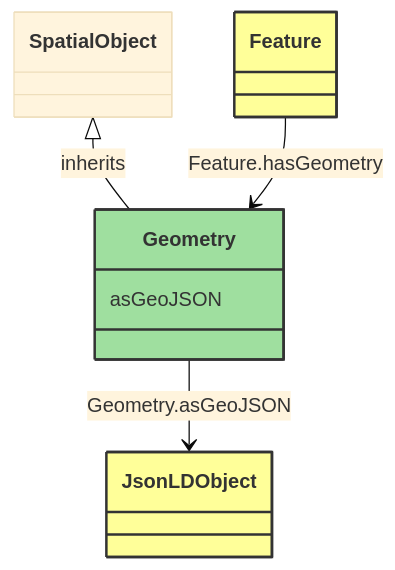
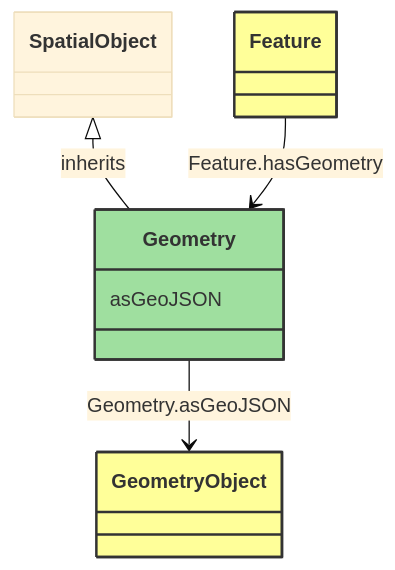
One commit to 3lbits/NoCIMExtensions changed the diagram in docs/WattApp/Geometry.md. Above: the diagram before and after it, drawn with Mermaid (base theme). The commit also changed other lines of this file and 60 other files, not shown here.

````diff
--- a/docs/WattApp/Geometry.md
+++ b/docs/WattApp/Geometry.md
@@ -8,29 +8,29 @@
 ```mermaid
 classDiagram
     class Geometry
     click Geometry href "../Geometry"
     style Geometry fill:#9fdf9f,stroke:#333,stroke-width:2px,rx:10,ry:10
 
         SpatialObject <|-- Geometry : inherits
             click SpatialObject href "../SpatialObject"
             style SpatialObject rx:10,ry:10
 
         Geometry
             click Geometry href "../Geometry"
             style Geometry rx:10,ry:10
 
-        Geometry --> JsonLDObject : Geometry.asGeoJSON
+        Geometry --> GeometryObject : Geometry.asGeoJSON
 
-        JsonLDObject
-            click JsonLDObject href "../JsonLDObject"
-            style JsonLDObject fill:#ffff99,stroke:#333,stroke-width:2px,rx:10,ry:10
+        GeometryObject
+            click GeometryObject href "../GeometryObject"
+            style GeometryObject fill:#ffff99,stroke:#333,stroke-width:2px,rx:10,ry:10
 
         Feature --> Geometry : Feature.hasGeometry
 
         Feature
             click Feature href "../Feature"
             style Feature fill:#ffff99,stroke:#333,stroke-width:2px,rx:10,ry:10
 
 
         Geometry : asGeoJSON
 ```
````
